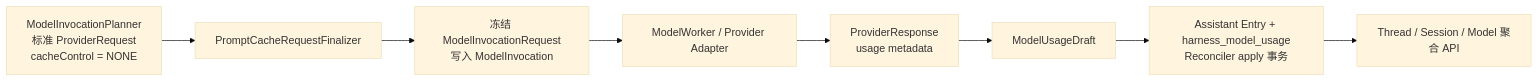
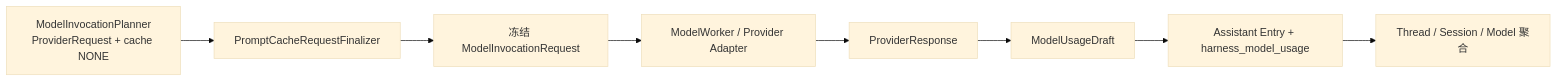
The diagram in docs/technical-solution/prompt-cache-usage-cost.md (fengwk/kk-studio), drawn with Mermaid (base theme) before and after one commit. The commit also changed other lines of this file and 12 other files, not shown here.

````diff
--- a/docs/technical-solution/prompt-cache-usage-cost.md
+++ b/docs/technical-solution/prompt-cache-usage-cost.md
@@ -7,10 +7,13 @@
 ```mermaid
 flowchart LR
-    A[ModelInvocationPlanner<br/>标准 ProviderRequest<br/>cacheControl = NONE] --> C[PromptCacheRequestFinalizer]
-    C --> R[冻结 ModelInvocationRequest<br/>写入 ModelInvocation]
-    R --> D[ModelWorker / Provider Adapter]
-    D --> E[ProviderResponse<br/>usage metadata]
-    E --> F[ModelUsageDraft]
-    F --> G[Assistant Entry + harness_model_usage<br/>Reconciler apply 事务]
-    G --> H[Thread / Session / Model 聚合 API]
+    A[ModelInvocationPlanner<br/>ProviderRequest + cache NONE]
+    B[PromptCacheRequestFinalizer]
+    C[冻结 ModelInvocationRequest]
+    D[ModelWorker / Provider Adapter]
+    E[ProviderResponse]
+    F[ModelUsageDraft]
+    G[Assistant Entry + harness_model_usage]
+    H[Thread / Session / Model 聚合]
+
+    A --> B --> C --> D --> E --> F --> G --> H
 ```
````
